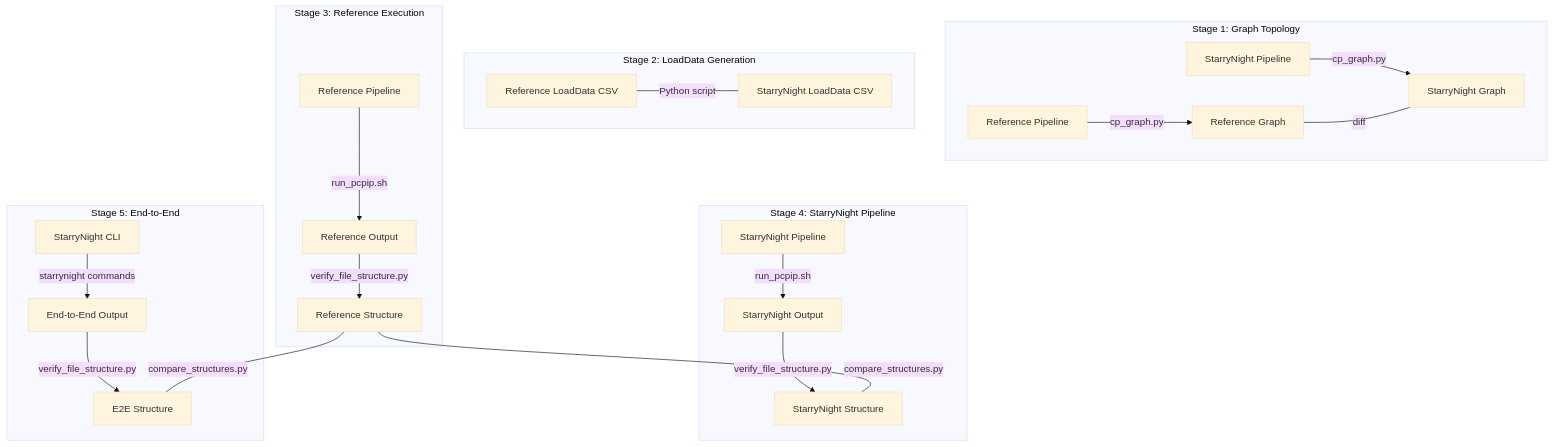
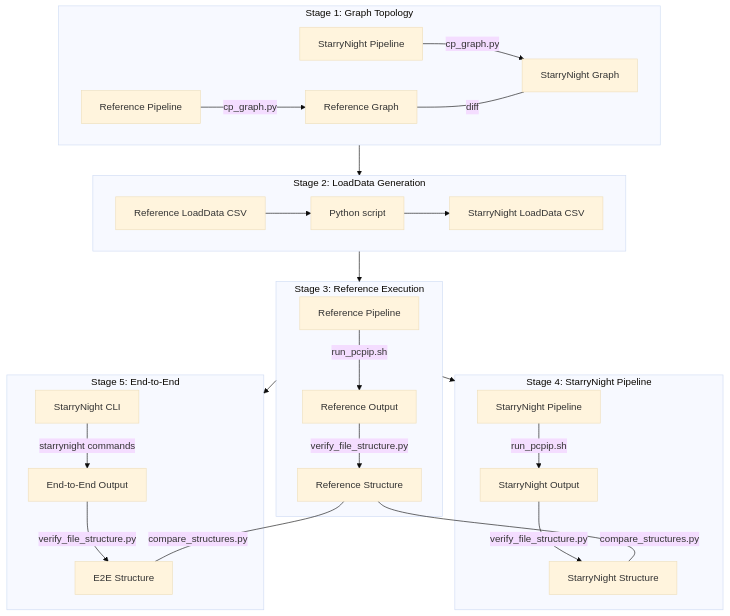
Before and after one commit to broadinstitute/starrynight: the diagram in docs/tester/README.md, drawn with Mermaid (base theme). The commit also changed other lines of this file, not shown here.

Commit message:
doc(starrynight): cleanup tester README

````diff
--- a/docs/tester/README.md
+++ b/docs/tester/README.md
@@ -113,31 +118,34 @@
 ```mermaid
-graph TD
-    subgraph "Stage 1: Graph Topology"
+flowchart TD
+    subgraph Stage1["Stage 1: Graph Topology"]
         A1[Reference Pipeline] -->|cp_graph.py| B1[Reference Graph]
         A2[StarryNight Pipeline] -->|cp_graph.py| B2[StarryNight Graph]
         B1 ---|diff| B2
     end
 
-    subgraph "Stage 2: LoadData Generation"
-        C1[Reference LoadData CSV]
-        C2[StarryNight LoadData CSV]
-        C1 ---|Python script| C2
+    subgraph Stage2["Stage 2: LoadData Generation"]
+        C1[Reference LoadData CSV] --> C3[Python script]
+        C3 --> C2[StarryNight LoadData CSV]
     end
 
-    subgraph "Stage 3: Reference Execution"
+    subgraph Stage3["Stage 3: Reference Execution"]
         D1[Reference Pipeline] -->|run_pcpip.sh| E1[Reference Output]
         E1 -->|verify_file_structure.py| F1[Reference Structure]
     end
 
-    subgraph "Stage 4: StarryNight Pipeline"
+    subgraph Stage4["Stage 4: StarryNight Pipeline"]
         D2[StarryNight Pipeline] -->|run_pcpip.sh| E2[StarryNight Output]
         E2 -->|verify_file_structure.py| F2[StarryNight Structure]
-        F1 ---|compare_structures.py| F2
     end
 
-    subgraph "Stage 5: End-to-End"
+    subgraph Stage5["Stage 5: End-to-End"]
         G1[StarryNight CLI] -->|starrynight commands| G2[End-to-End Output]
         G2 -->|verify_file_structure.py| G3[E2E Structure]
-        F1 ---|compare_structures.py| G3
     end
+
+    Stage1 --> Stage2 --> Stage3
+    Stage3 --> Stage4
+    Stage3 --> Stage5
+    F1 ---|compare_structures.py| F2
+    F1 ---|compare_structures.py| G3
 ```
````
